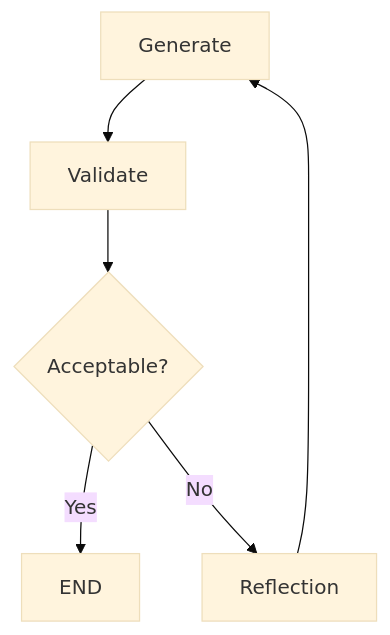
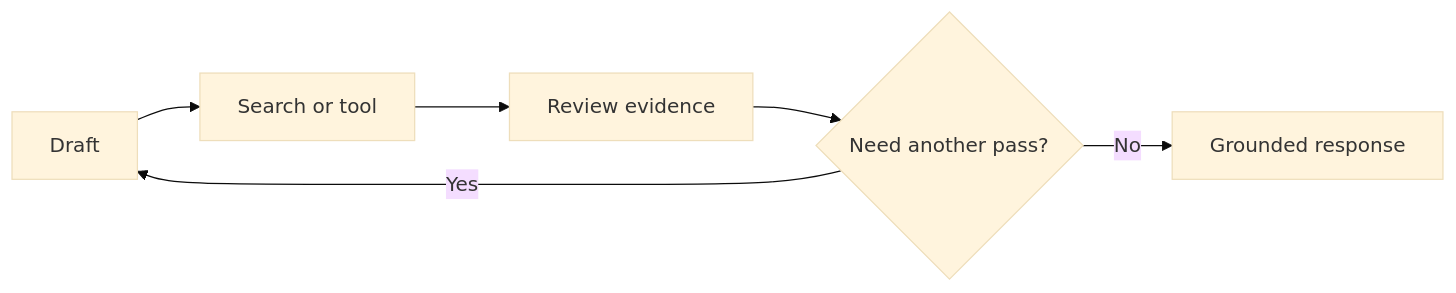
Before and after one commit to MihirKJha/enterprise-ai-engineering-handbook: the sixth of 8 diagrams in docs/08-ai-engineering-frameworks/langgraph/18-graph-based-agent-architecture.md, drawn with Mermaid (base theme). The commit also changed other lines of this file and 10 other files, not shown here.

````diff
--- a/docs/08-ai-engineering-frameworks/langgraph/18-graph-based-agent-architecture.md
+++ b/docs/08-ai-engineering-frameworks/langgraph/18-graph-based-agent-architecture.md
@@ -1041,13 +162,8 @@
 ```mermaid
-flowchart TD
-
-    A[Generate] --> B[Validate]
-
-    B --> C{Acceptable?}
-
-    C -->|Yes| D[END]
-
-    C -->|No| E[Reflection]
-
-    E --> A
+flowchart LR
+    A[Draft] --> B[Search or tool]
+    B --> C[Review evidence]
+    C --> D{Need another pass?}
+    D -->|Yes| A
+    D -->|No| E[Grounded response]
 ```
````
